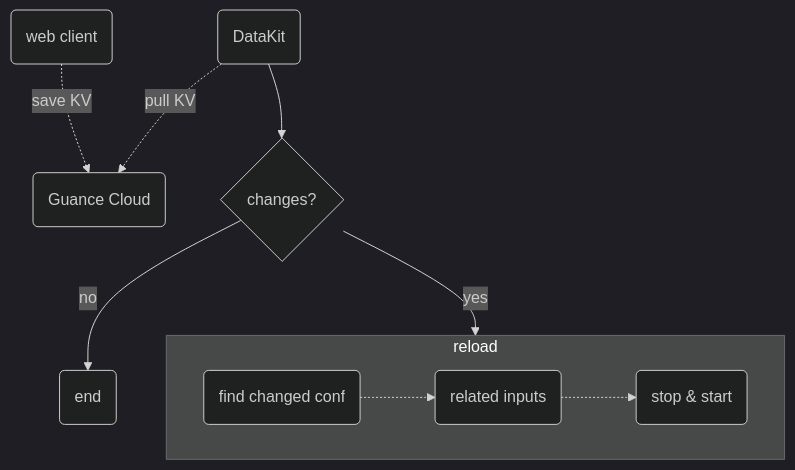
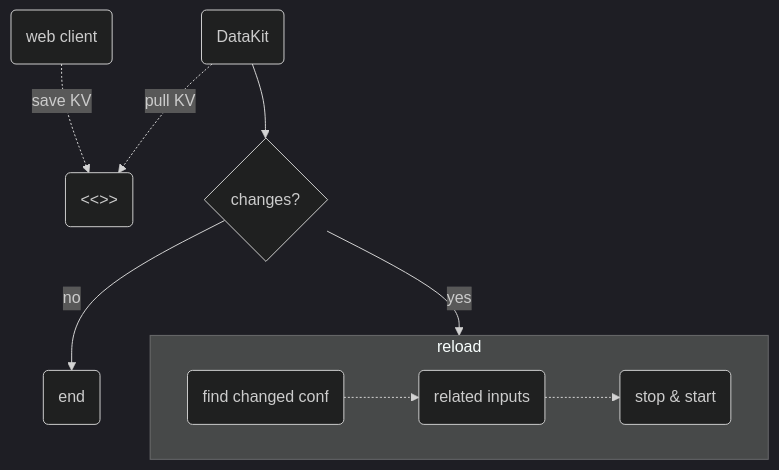
Before and after one commit to GuanceCloud/guance-docs: the diagram in docs/zh/datakit/datakit-input-conf.md, drawn with Mermaid (dark theme). The commit also changed other lines of this file and 286 other files, not shown here.

````diff
--- a/docs/zh/datakit/datakit-input-conf.md
+++ b/docs/zh/datakit/datakit-input-conf.md
@@ -263,20 +263,20 @@
 ```mermaid
 flowchart TD
-    guance(Guance Cloud);
+    guance(<<<custom_key.brand_name>>>);
     web_client(web client);
     datakit(DataKit);
     changes{changes?};
     End(end);
 
    subgraph reload
    direction LR
    changed_conf(find changed conf) -.-> related_inputs(related inputs)
    related_inputs -.-> restart_input(stop & start)
    end
  
    datakit -.-> |pull KV| guance
    web_client -.-> |save KV| guance
    datakit -->  changes
    changes --> |yes| reload
    changes --> |no| End
 ```
````
